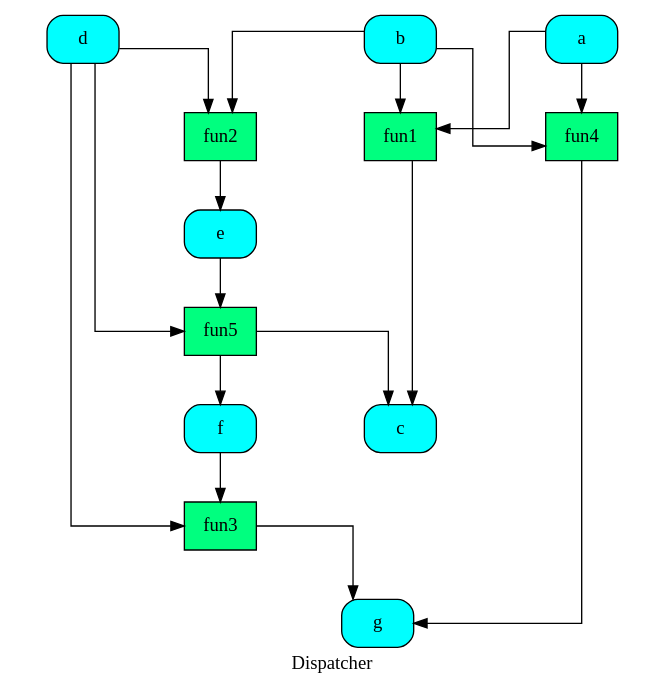
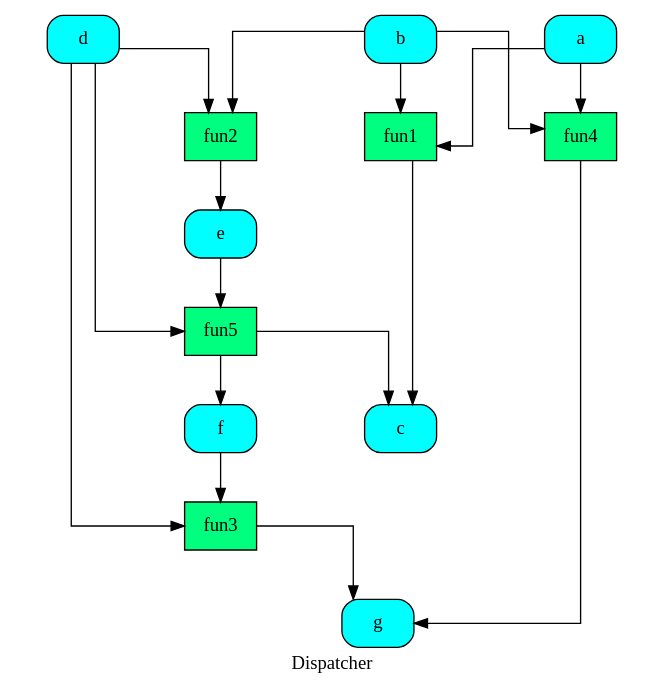
One commit to vinci1it2000/schedula changed the diagram in doc/dispatcher/__init__/shrink_dsp/dsp.dot. Above: the diagram before and after it, drawn with Graphviz. The commit also changed 24 other files, not shown here.

```diff
--- a/doc/dispatcher/__init__/shrink_dsp/dsp.dot
+++ b/doc/dispatcher/__init__/shrink_dsp/dsp.dot
@@ -1,34 +1,34 @@
 digraph Dispatcher {
 	graph [ratio=1]
 	node [style=filled]
+	label = "Dispatcher"
 	splines = ortho
-	label = "Dispatcher"
-		"Dispatcher_-7481039629146005952" [label="{ fun5  }" fillcolor=springgreen shape=record]
-		Dispatcher_5652171186734028930 [label="{ fun3  }" fillcolor=springgreen shape=record]
-		Dispatcher_6978204315916669291 [label="{ a  }" fillcolor=cyan shape=Mrecord]
-		"Dispatcher_-4091580544556401716" [label="{ fun4  }" fillcolor=springgreen shape=record]
-		"Dispatcher_-9068828303841174803" [label="{ c  }" fillcolor=cyan shape=Mrecord]
-		Dispatcher_336007812384011630 [label="{ e  }" fillcolor=cyan shape=Mrecord]
-		"Dispatcher_-448473574055771119" [label="{ f  }" fillcolor=cyan shape=Mrecord]
-		"Dispatcher_-1607833467933208653" [label="{ g  }" fillcolor=cyan shape=Mrecord]
-		Dispatcher_5321415535369325078 [label="{ fun1  }" fillcolor=springgreen shape=record]
-		Dispatcher_5471397706553619705 [label="{ d  }" fillcolor=cyan shape=Mrecord]
-		Dispatcher_5731122394292607163 [label="{ b  }" fillcolor=cyan shape=Mrecord]
-		Dispatcher_8713580508826828349 [label="{ fun2  }" fillcolor=springgreen shape=record]
-			"Dispatcher_-7481039629146005952" -> "Dispatcher_-448473574055771119"
-			"Dispatcher_-7481039629146005952" -> "Dispatcher_-9068828303841174803"
-			Dispatcher_5652171186734028930 -> "Dispatcher_-1607833467933208653"
-			Dispatcher_6978204315916669291 -> "Dispatcher_-4091580544556401716"
-			Dispatcher_6978204315916669291 -> Dispatcher_5321415535369325078
-			"Dispatcher_-4091580544556401716" -> "Dispatcher_-1607833467933208653"
-			Dispatcher_336007812384011630 -> "Dispatcher_-7481039629146005952"
-			"Dispatcher_-448473574055771119" -> Dispatcher_5652171186734028930
-			Dispatcher_5321415535369325078 -> "Dispatcher_-9068828303841174803"
-			Dispatcher_5471397706553619705 -> "Dispatcher_-7481039629146005952"
-			Dispatcher_5471397706553619705 -> Dispatcher_5652171186734028930
-			Dispatcher_5471397706553619705 -> Dispatcher_8713580508826828349
-			Dispatcher_5731122394292607163 -> "Dispatcher_-4091580544556401716"
-			Dispatcher_5731122394292607163 -> Dispatcher_8713580508826828349
-			Dispatcher_5731122394292607163 -> Dispatcher_5321415535369325078
-			Dispatcher_8713580508826828349 -> Dispatcher_336007812384011630
+		Dispatcher_6185816497042703556 [label="{ b  }" fillcolor=cyan shape=Mrecord]
+		"Dispatcher_-6053996528196385240" [label="{ c  }" fillcolor=cyan shape=Mrecord]
+		Dispatcher_80253505391582396 [label="{ fun5  }" fillcolor=springgreen shape=record]
+		Dispatcher_2203997267912285163 [label="{ a  }" fillcolor=cyan shape=Mrecord]
+		"Dispatcher_-6092933762594426256" [label="{ g  }" fillcolor=cyan shape=Mrecord]
+		Dispatcher_2454507358469954929 [label="{ d  }" fillcolor=cyan shape=Mrecord]
+		"Dispatcher_-4752517256141709198" [label="{ fun3  }" fillcolor=springgreen shape=record]
+		Dispatcher_2280363104014426707 [label="{ fun2  }" fillcolor=springgreen shape=record]
+		Dispatcher_5036417800859362229 [label="{ fun4  }" fillcolor=springgreen shape=record]
+		"Dispatcher_-623183564480841321" [label="{ e  }" fillcolor=cyan shape=Mrecord]
+		Dispatcher_7981130265196280892 [label="{ f  }" fillcolor=cyan shape=Mrecord]
+		Dispatcher_688017470148481981 [label="{ fun1  }" fillcolor=springgreen shape=record]
+			Dispatcher_6185816497042703556 -> Dispatcher_2280363104014426707
+			Dispatcher_6185816497042703556 -> Dispatcher_688017470148481981
+			Dispatcher_6185816497042703556 -> Dispatcher_5036417800859362229
+			Dispatcher_80253505391582396 -> "Dispatcher_-6053996528196385240"
+			Dispatcher_80253505391582396 -> Dispatcher_7981130265196280892
+			Dispatcher_2203997267912285163 -> Dispatcher_688017470148481981
+			Dispatcher_2203997267912285163 -> Dispatcher_5036417800859362229
+			Dispatcher_2454507358469954929 -> "Dispatcher_-4752517256141709198"
+			Dispatcher_2454507358469954929 -> Dispatcher_2280363104014426707
+			Dispatcher_2454507358469954929 -> Dispatcher_80253505391582396
+			"Dispatcher_-4752517256141709198" -> "Dispatcher_-6092933762594426256"
+			Dispatcher_2280363104014426707 -> "Dispatcher_-623183564480841321"
+			Dispatcher_5036417800859362229 -> "Dispatcher_-6092933762594426256"
+			"Dispatcher_-623183564480841321" -> Dispatcher_80253505391582396
+			Dispatcher_7981130265196280892 -> "Dispatcher_-4752517256141709198"
+			Dispatcher_688017470148481981 -> "Dispatcher_-6053996528196385240"
 }
```
